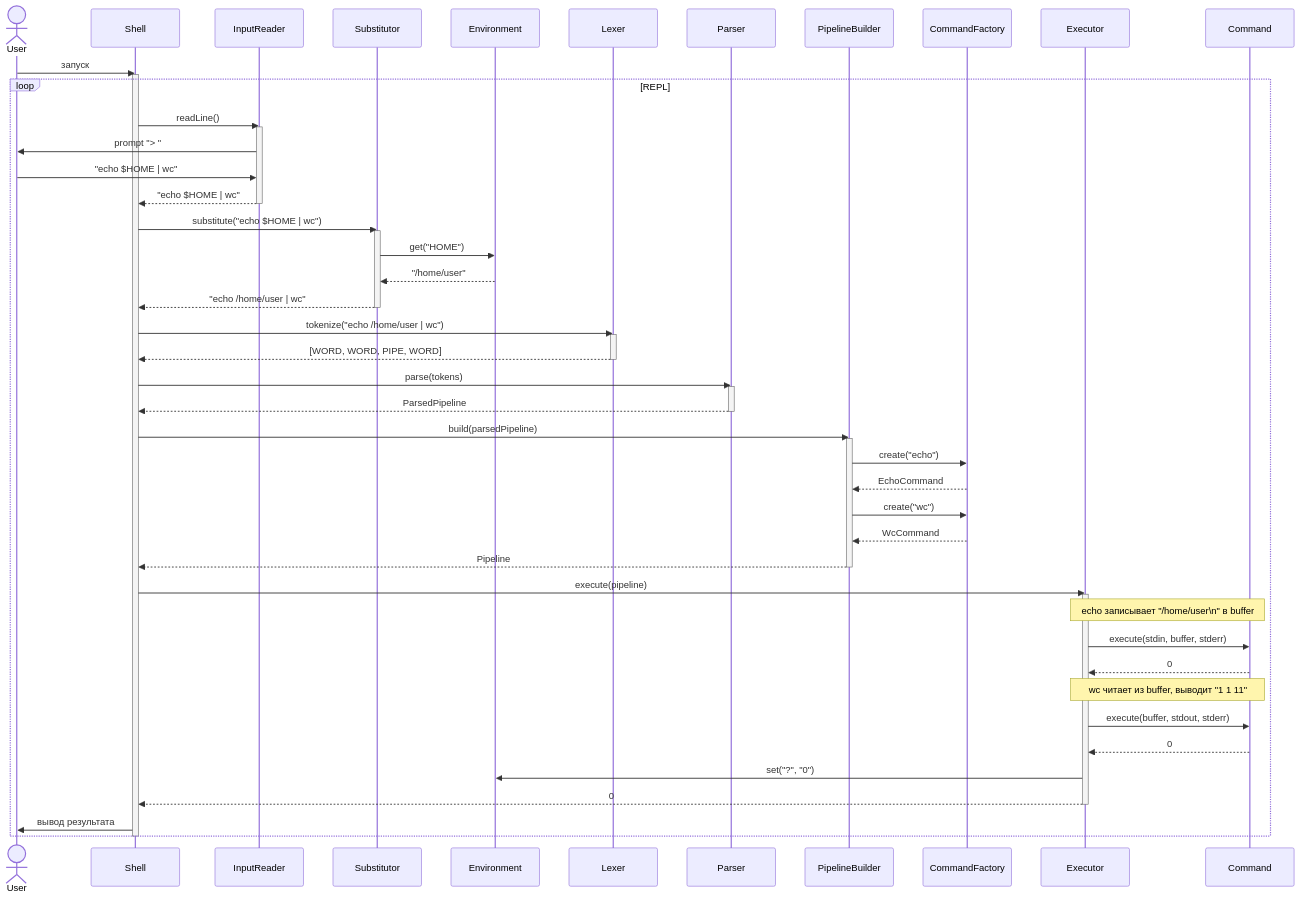
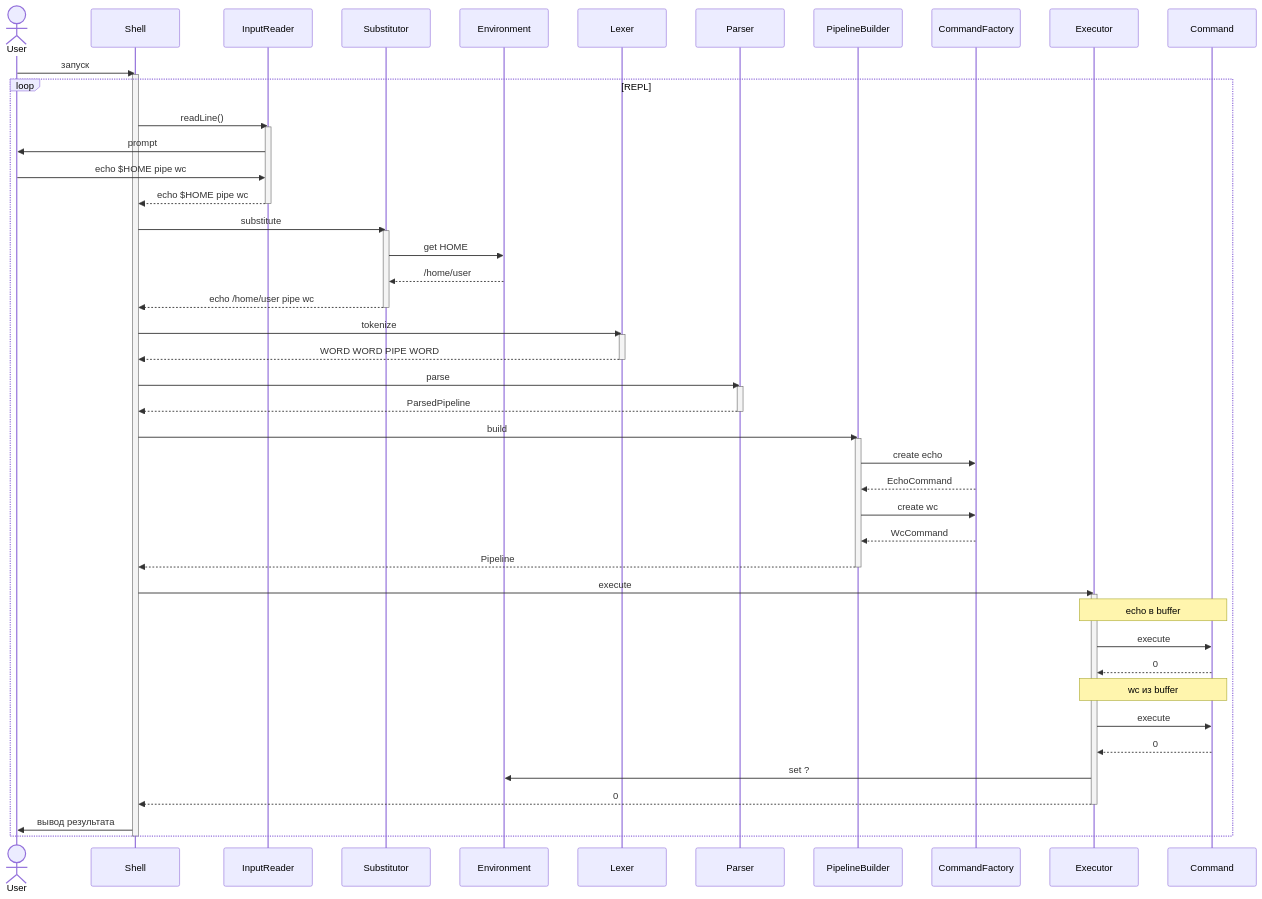
One commit to yv0vaa/SE-2026 changed the second of 4 diagrams in docs/ARCHITECTURE.md. Above: the diagram before and after it, drawn with Mermaid. The commit also changed other lines of this file, not shown here.

Commit message:
docs: fix diagramm rendering

````diff
--- a/docs/ARCHITECTURE.md
+++ b/docs/ARCHITECTURE.md
@@ -1047,71 +1013,60 @@
 ```mermaid
 sequenceDiagram
     actor User
     participant Shell
     participant InputReader
     participant Substitutor
     participant Environment
     participant Lexer
     participant Parser
     participant PipelineBuilder
     participant CommandFactory
     participant Executor
     participant Command
 
     User->>Shell: запуск
     activate Shell
-    
     loop REPL
         Shell->>InputReader: readLine()
         activate InputReader
-        InputReader->>User: prompt "> "
-        User->>InputReader: "echo $HOME | wc"
-        InputReader-->>Shell: "echo $HOME | wc"
+        InputReader->>User: prompt
+        User->>InputReader: echo $HOME pipe wc
+        InputReader-->>Shell: echo $HOME pipe wc
         deactivate InputReader
-        
-        Shell->>Substitutor: substitute("echo $HOME | wc")
+        Shell->>Substitutor: substitute
         activate Substitutor
-        Substitutor->>Environment: get("HOME")
-        Environment-->>Substitutor: "/home/user"
-        Substitutor-->>Shell: "echo /home/user | wc"
+        Substitutor->>Environment: get HOME
+        Environment-->>Substitutor: /home/user
+        Substitutor-->>Shell: echo /home/user pipe wc
         deactivate Substitutor
-        
-        Shell->>Lexer: tokenize("echo /home/user | wc")
+        Shell->>Lexer: tokenize
         activate Lexer
-        Lexer-->>Shell: [WORD, WORD, PIPE, WORD]
+        Lexer-->>Shell: WORD WORD PIPE WORD
         deactivate Lexer
-        
-        Shell->>Parser: parse(tokens)
+        Shell->>Parser: parse
         activate Parser
         Parser-->>Shell: ParsedPipeline
         deactivate Parser
-        
-        Shell->>PipelineBuilder: build(parsedPipeline)
+        Shell->>PipelineBuilder: build
         activate PipelineBuilder
-        PipelineBuilder->>CommandFactory: create("echo")
+        PipelineBuilder->>CommandFactory: create echo
         CommandFactory-->>PipelineBuilder: EchoCommand
-        PipelineBuilder->>CommandFactory: create("wc")
+        PipelineBuilder->>CommandFactory: create wc
         CommandFactory-->>PipelineBuilder: WcCommand
         PipelineBuilder-->>Shell: Pipeline
         deactivate PipelineBuilder
-        
-        Shell->>Executor: execute(pipeline)
+        Shell->>Executor: execute
         activate Executor
-        
-        Note over Executor,Command: echo записывает "/home/user\n" в buffer
-        Executor->>Command: execute(stdin, buffer, stderr)
+        Note over Executor,Command: echo в buffer
+        Executor->>Command: execute
         Command-->>Executor: 0
-        
-        Note over Executor,Command: wc читает из buffer, выводит "1 1 11"
-        Executor->>Command: execute(buffer, stdout, stderr)
+        Note over Executor,Command: wc из buffer
+        Executor->>Command: execute
         Command-->>Executor: 0
-        
-        Executor->>Environment: set("?", "0")
+        Executor->>Environment: set ?
         Executor-->>Shell: 0
         deactivate Executor
-        
         Shell->>User: вывод результата
     end
-    
     deactivate Shell
 ```
````
